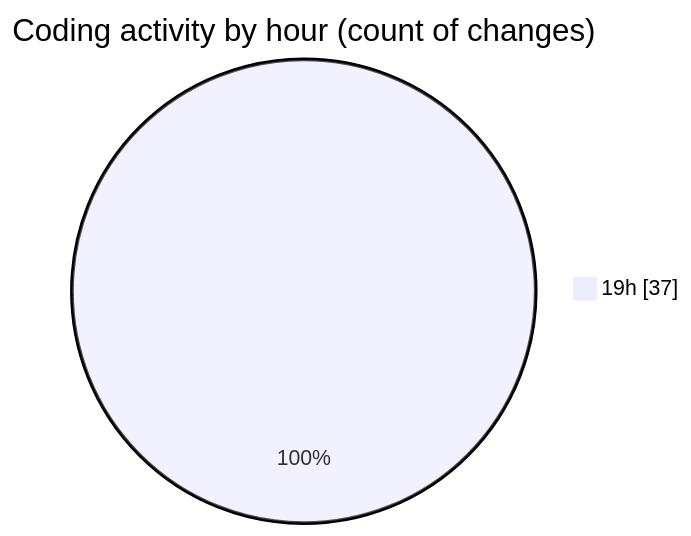
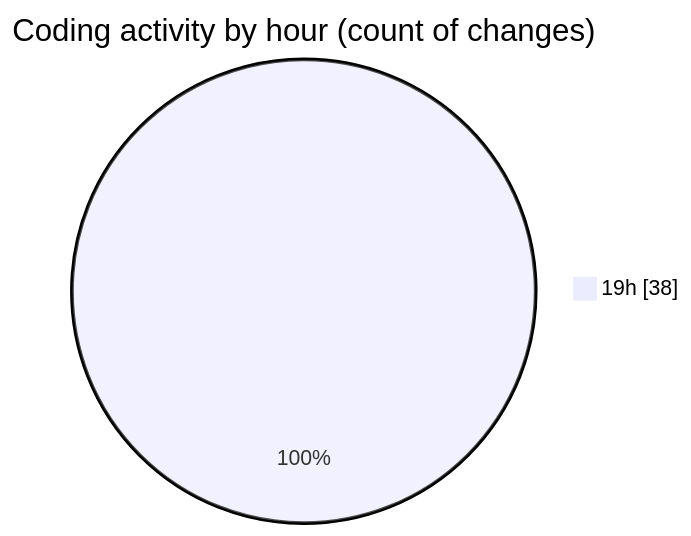
The second of 2 diagrams in 2026-06-16/cda/README.md (momahboobian/code-tracking), drawn with Mermaid before and after one commit. The commit also changed other lines of this file and 1 other file, not shown here.

````diff
--- a/2026-06-16/cda/README.md
+++ b/2026-06-16/cda/README.md
@@ -45,5 +46,5 @@
 ```mermaid
 pie showData
 title Coding activity by hour (count of changes)
-"19h" : 37
+"19h" : 38
 ```
````
